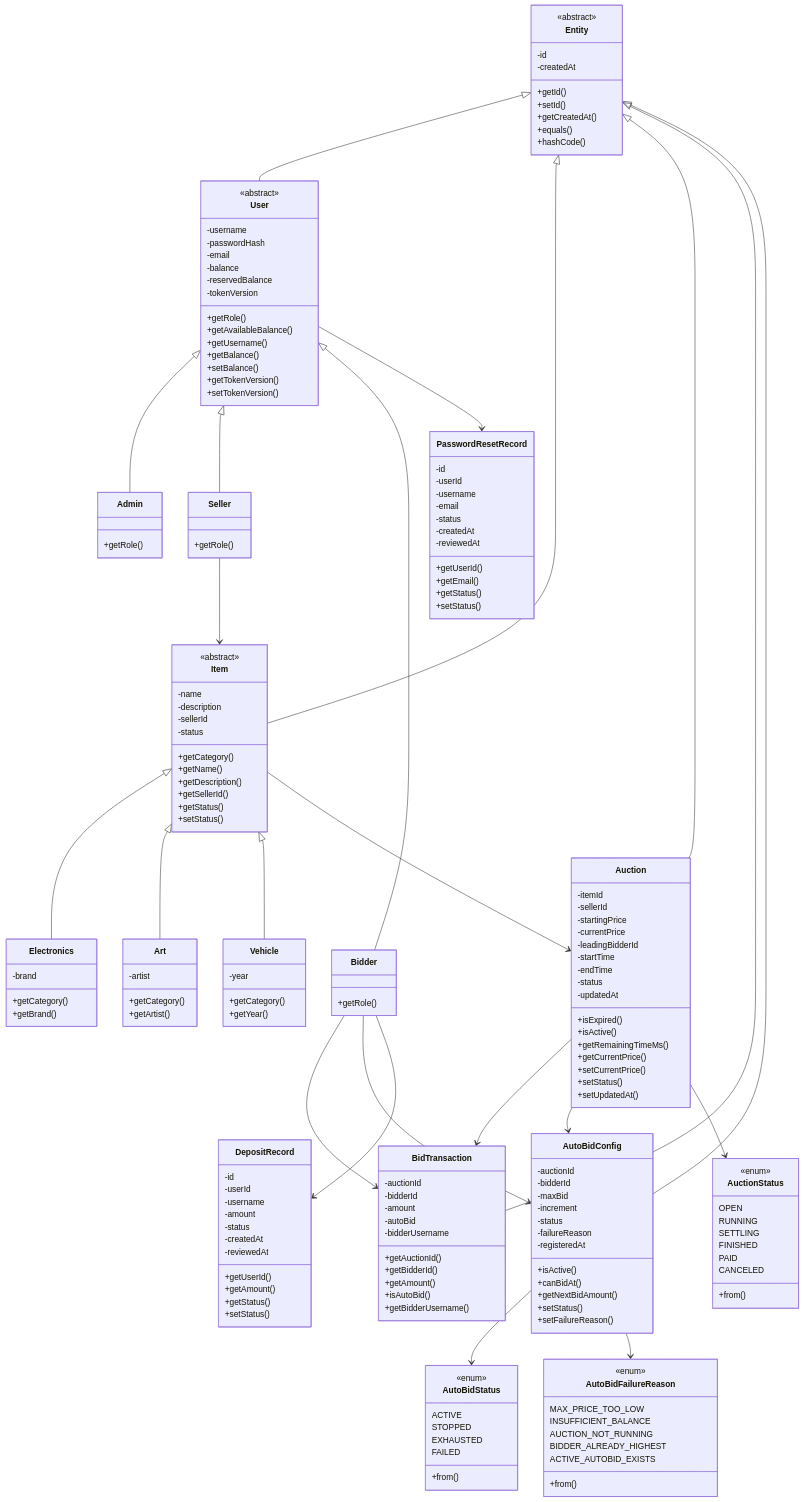
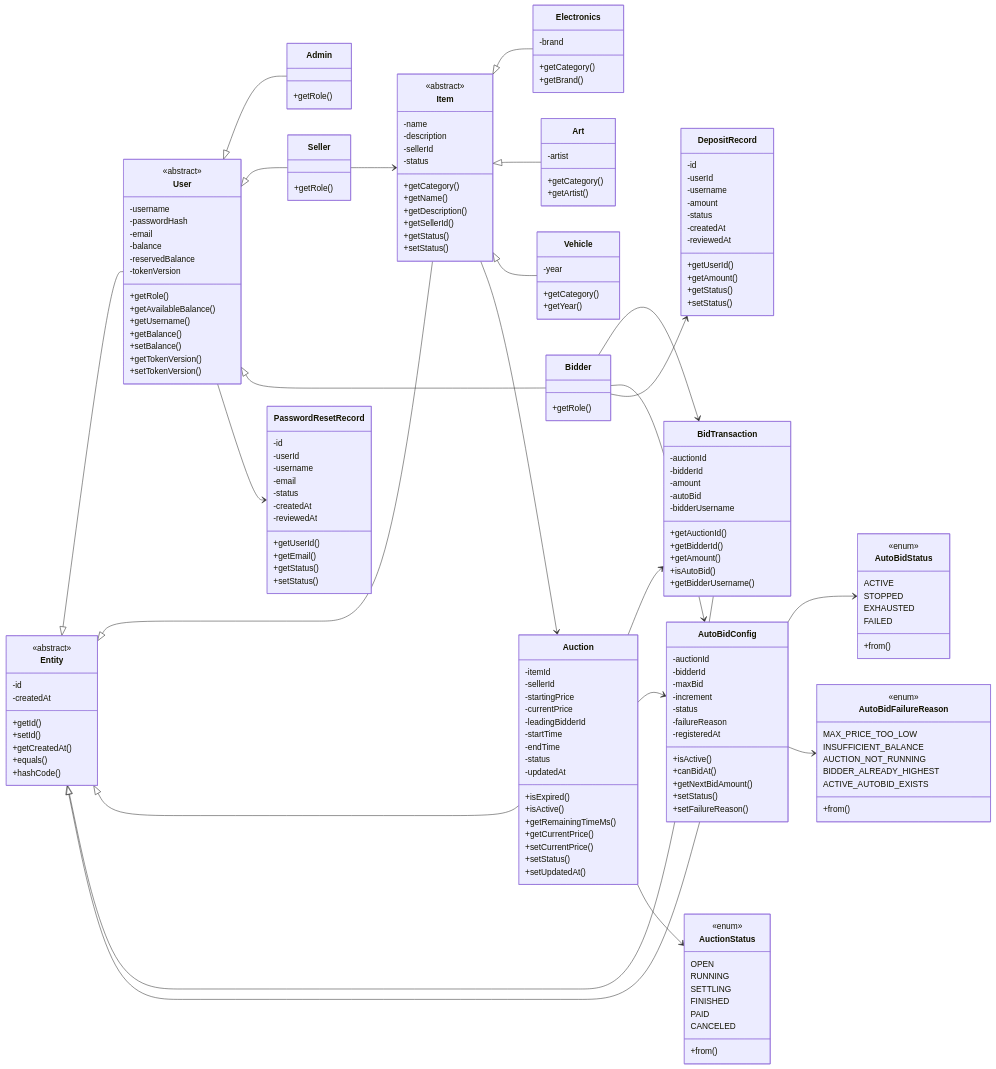
One commit to kieran-labs/oop-course-project-uet changed the fourth of 7 diagrams in README.md. Above: the diagram before and after it, drawn with Mermaid. The commit also changed other lines of this file, not shown here.

Commit message:
docs: rotate diagrams to left-to-right tree layout

````diff
--- a/README.md
+++ b/README.md
@@ -613,6 +589,6 @@
 ```mermaid
 classDiagram
-    direction TB
+    direction LR
 
     class Entity {
         <<abstract>>
@@ -642,9 +618,17 @@
         +setTokenVersion()
     }
 
-    class Admin { +getRole() }
-    class Seller { +getRole() }
-    class Bidder { +getRole() }
+    class Admin {
+        +getRole()
+    }
+
+    class Seller {
+        +getRole()
+    }
+
+    class Bidder {
+        +getRole()
+    }
 
     class Item {
         <<abstract>>
````
